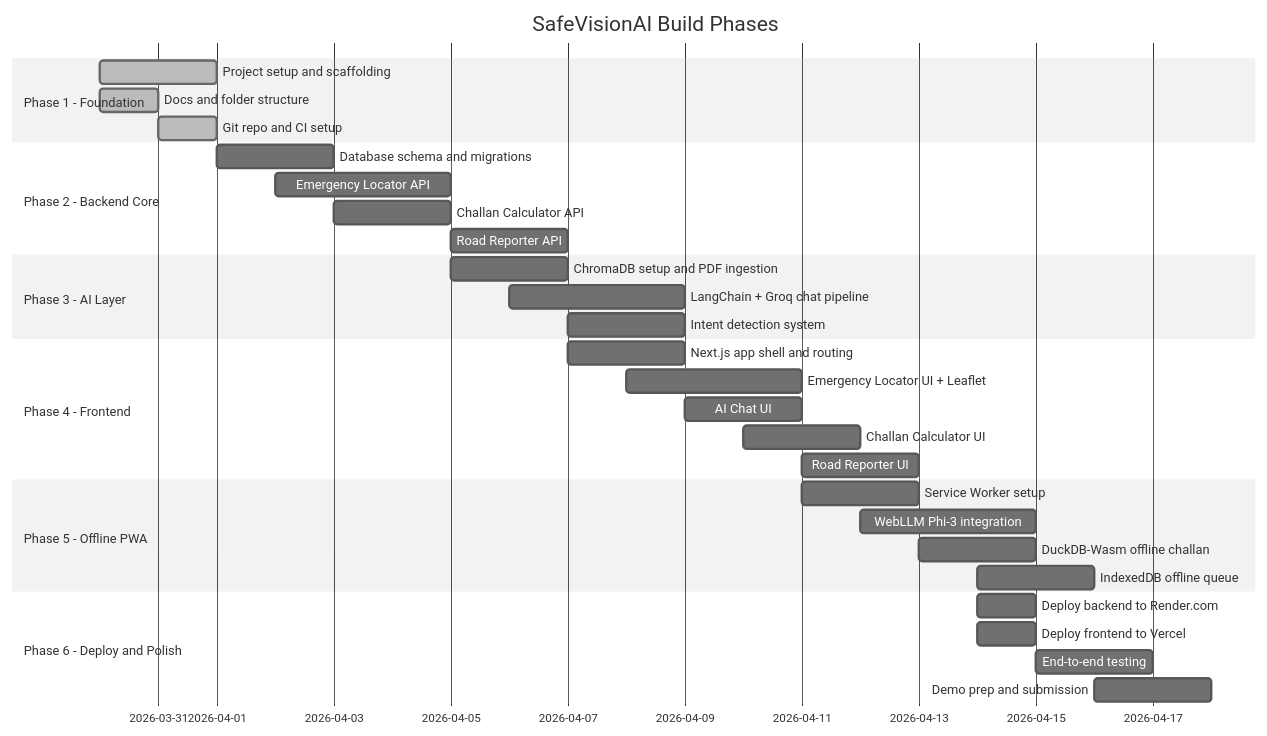
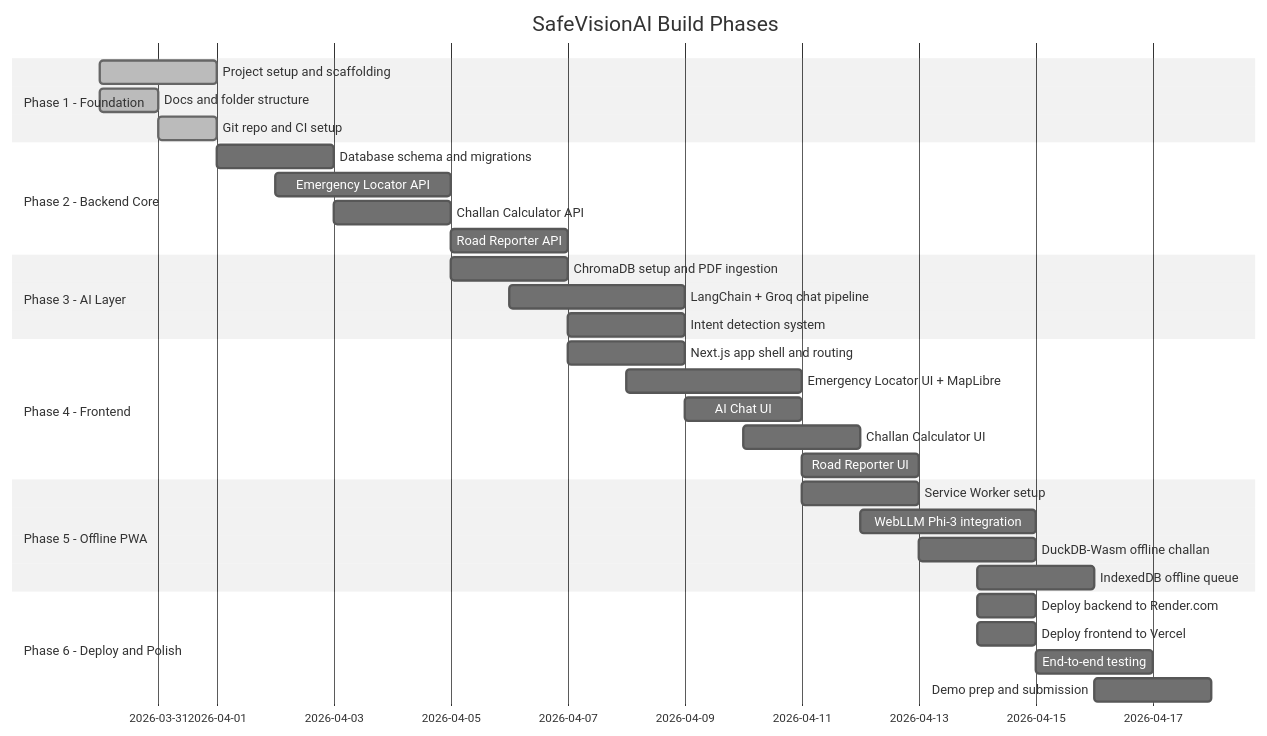
One commit to SafeVision-AI/SafeVision-AI changed the diagram in docs/Roadmap.md. Above: the diagram before and after it, drawn with Mermaid (neutral theme). The commit also changed other lines of this file and 4 other files, not shown here.

Commit message:
docs: finalize Roadmap completion state and purge remaining legacy MapLibre/ChatEngine keywords

````diff
--- a/docs/Roadmap.md
+++ b/docs/Roadmap.md
@@ -9,39 +9,39 @@
 ```mermaid
 gantt
     title SafeVisionAI Build Phases
     dateFormat  YYYY-MM-DD
     section Phase 1 - Foundation
     Project setup and scaffolding     :done, p1a, 2026-03-30, 2d
     Docs and folder structure         :done, p1b, 2026-03-30, 1d
     Git repo and CI setup             :done, p1c, 2026-03-31, 1d
 
     section Phase 2 - Backend Core
     Database schema and migrations    :p2a, 2026-04-01, 2d
     Emergency Locator API             :p2b, 2026-04-02, 3d
     Challan Calculator API            :p2c, 2026-04-03, 2d
     Road Reporter API                 :p2d, 2026-04-05, 2d
 
     section Phase 3 - AI Layer
     ChromaDB setup and PDF ingestion  :p3a, 2026-04-05, 2d
     LangChain + Groq chat pipeline    :p3b, 2026-04-06, 3d
     Intent detection system           :p3c, 2026-04-07, 2d
 
     section Phase 4 - Frontend
     Next.js app shell and routing     :p4a, 2026-04-07, 2d
-    Emergency Locator UI + Leaflet    :p4b, 2026-04-08, 3d
+    Emergency Locator UI + MapLibre   :p4b, 2026-04-08, 3d
     AI Chat UI                        :p4c, 2026-04-09, 2d
     Challan Calculator UI             :p4d, 2026-04-10, 2d
     Road Reporter UI                  :p4e, 2026-04-11, 2d
 
     section Phase 5 - Offline PWA
     Service Worker setup              :p5a, 2026-04-11, 2d
     WebLLM Phi-3 integration          :p5b, 2026-04-12, 3d
     DuckDB-Wasm offline challan       :p5c, 2026-04-13, 2d
     IndexedDB offline queue           :p5d, 2026-04-14, 2d
 
     section Phase 6 - Deploy and Polish
     Deploy backend to Render.com      :p6a, 2026-04-14, 1d
     Deploy frontend to Vercel         :p6b, 2026-04-14, 1d
     End-to-end testing                :p6c, 2026-04-15, 2d
     Demo prep and submission          :p6d, 2026-04-16, 2d
 ```
````
